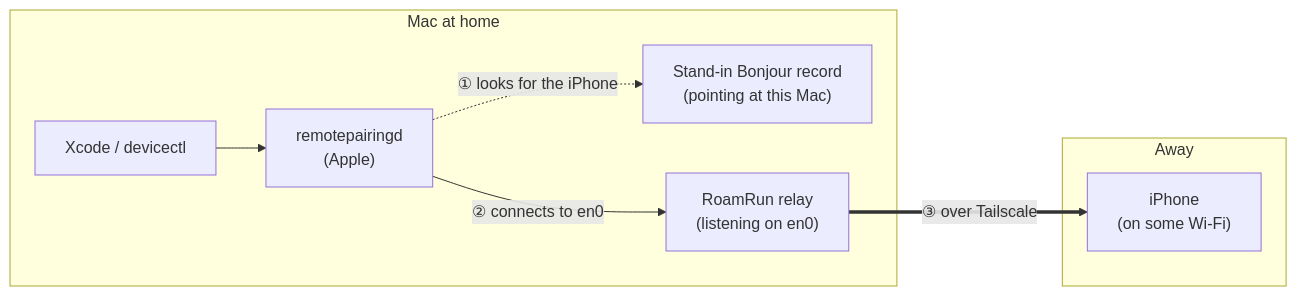
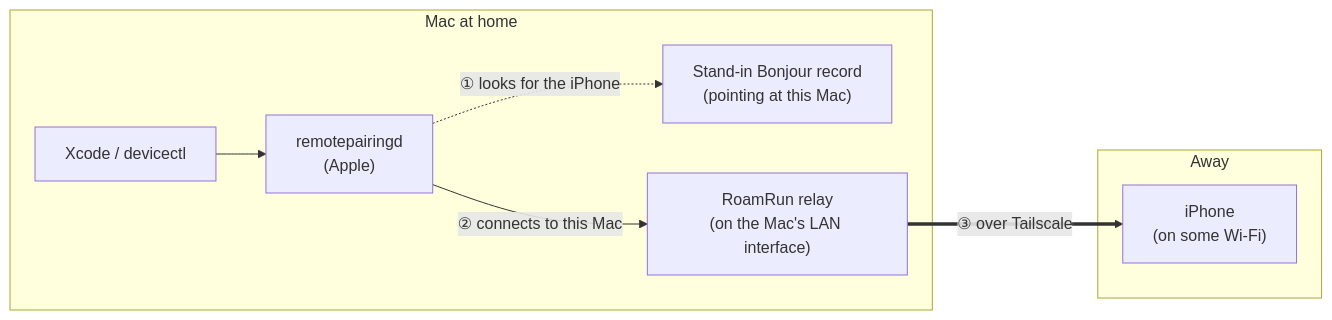
One commit to mh-mobile/RoamRun changed the diagram in README.md. Above: the diagram before and after it, drawn with Mermaid. The commit also changed other lines of this file and 20 other files, not shown here.

````diff
--- a/README.md
+++ b/README.md
@@ -31,14 +45,14 @@
 ```mermaid
 flowchart LR
   subgraph mac["Mac at home"]
     xcode["Xcode / devicectl"] --> rpd["remotepairingd<br/>(Apple)"]
     fake["Stand-in Bonjour record<br/>(pointing at this Mac)"]
-    relay["RoamRun relay<br/>(listening on en0)"]
+    relay["RoamRun relay<br/>(on the Mac's LAN interface)"]
   end
   subgraph away["Away"]
     iphone["iPhone<br/>(on some Wi-Fi)"]
   end
   rpd -. "① looks for the iPhone" .-> fake
-  rpd -- "② connects to en0" --> relay
+  rpd -- "② connects to this Mac" --> relay
   relay == "③ over Tailscale" ==> iphone
 ```
````
